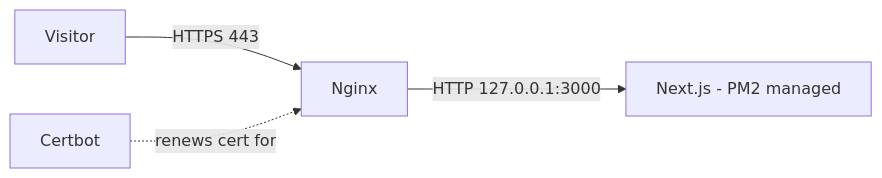
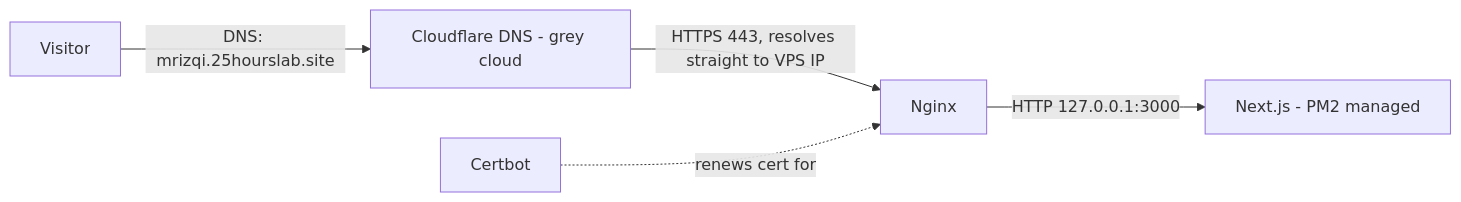
One commit to m-rizqi/mrizqi-portofolio-website changed the diagram in docs/pasca-development/2-DEPLOYMENT-GUIDE.md. Above: the diagram before and after it, drawn with Mermaid. The commit also changed other lines of this file, not shown here.

First line of the commit message:
docs: add Cloudflare DNS setup steps to the deployment guide

````diff
--- a/docs/pasca-development/2-DEPLOYMENT-GUIDE.md
+++ b/docs/pasca-development/2-DEPLOYMENT-GUIDE.md
@@ -15,6 +15,7 @@
 ```mermaid
 graph LR
-    Visitor -->|HTTPS 443| Nginx
+    Visitor -->|DNS: mrizqi.25hourslab.site| Cloudflare[Cloudflare DNS - grey cloud]
+    Cloudflare -->|HTTPS 443, resolves straight to VPS IP| Nginx
     Nginx -->|HTTP 127.0.0.1:3000| NextApp[Next.js - PM2 managed]
     Certbot -.renews cert for.-> Nginx
 ```
````
